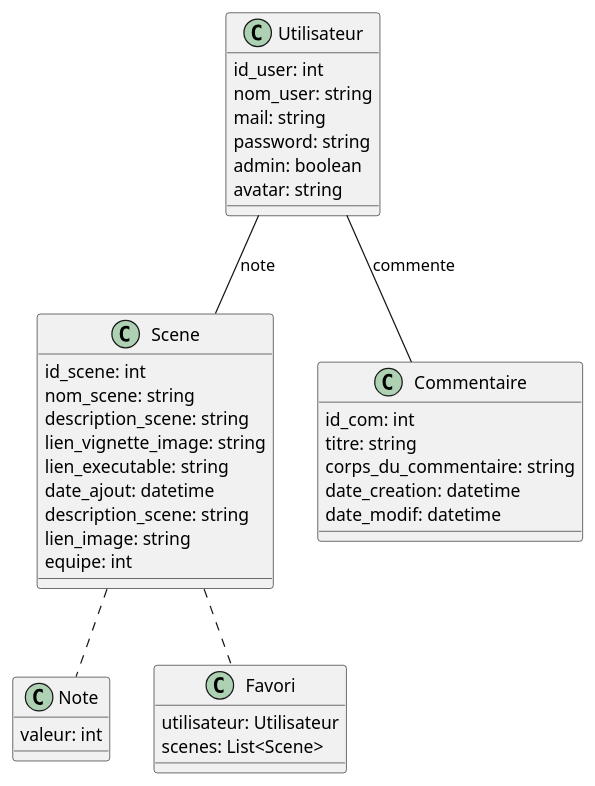
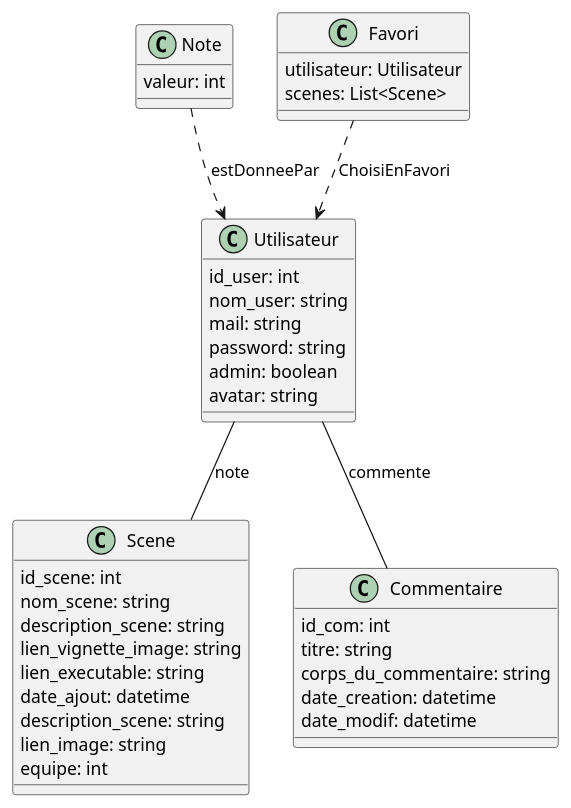
The diagram in diag_mcd.plantuml (RayzerDev/RayTracer-WebSite), drawn with PlantUML before and after one commit.

Commit message:
Correction du mcd

```diff
--- a/diag_mcd.plantuml
+++ b/diag_mcd.plantuml
@@ -1,47 +1,47 @@
 @startuml
 
 class Scene {
   id_scene: int
   nom_scene: string
   description_scene: string
   lien_vignette_image: string
   lien_executable: string
   date_ajout: datetime
   description_scene: string
   lien_image: string
   equipe: int
 }
 
 class Utilisateur {
   id_user: int
   nom_user: string
   mail: string
   password: string
   admin: boolean
   avatar: string
 }
 
 class Commentaire {
   id_com: int
   titre: string
   corps_du_commentaire: string
   date_creation: datetime
   date_modif: datetime
 }
 
 class Note{
    valeur: int
 }
 
 class Favori {
   utilisateur: Utilisateur
   scenes: List<Scene>
 }
 
 Utilisateur  --  Commentaire : commente
 Utilisateur -- Scene : note
 
-Scene .. Favori
-Scene .. Note
+Note ..> Utilisateur : estDonneePar
+Favori ..> Utilisateur : ChoisiEnFavori
 
 @enduml
```
